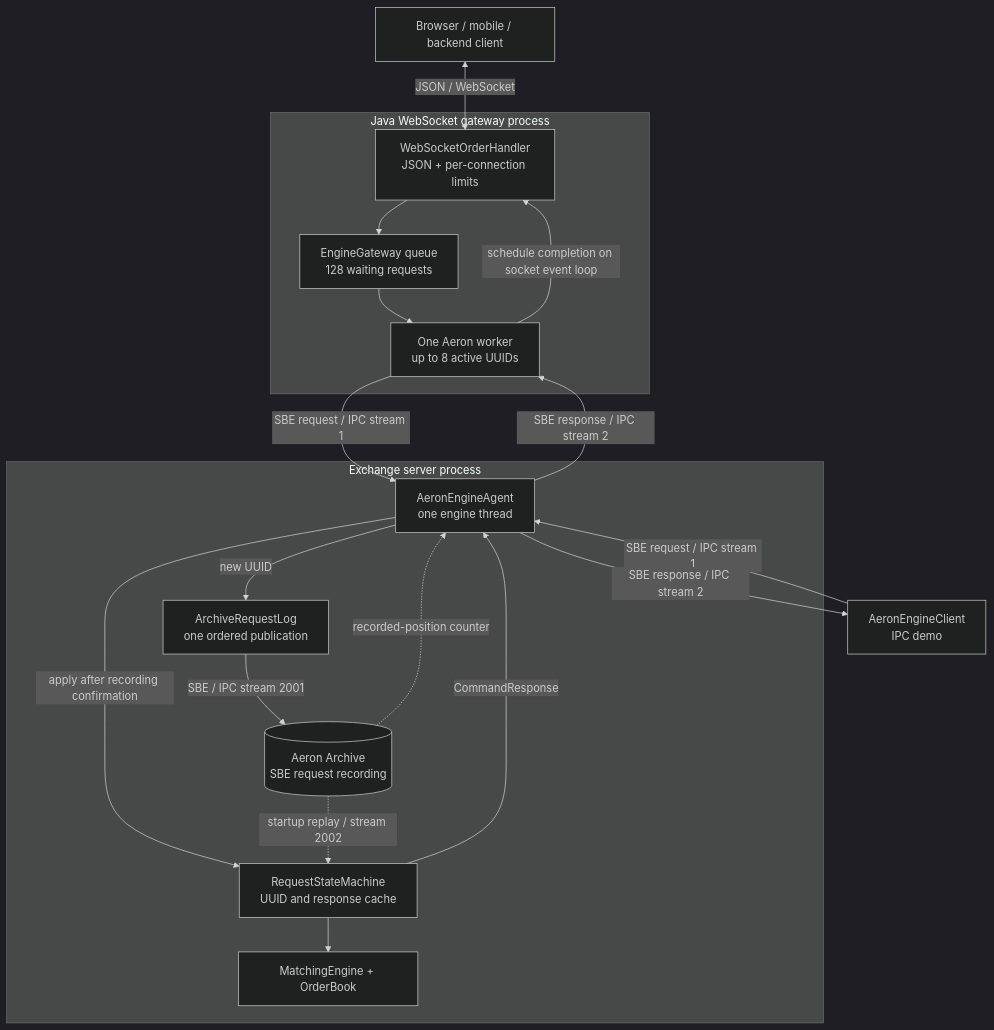
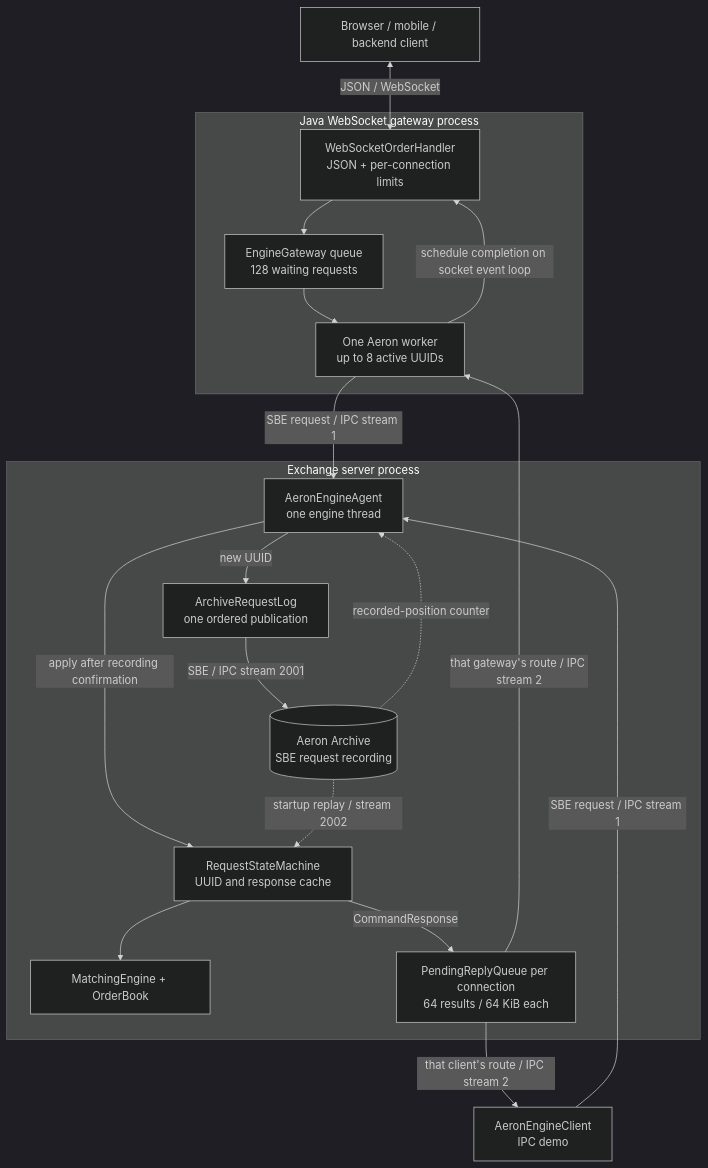
Before and after one commit to samctensen/exchange-lab: the diagram in docs/architecture.md, drawn with Mermaid (dark theme). The commit also changed other lines of this file and 1 other file, not shown here.

Commit message:
docs: explain per-gateway replies and retry recovery

````diff
--- a/docs/architecture.md
+++ b/docs/architecture.md
@@ -9,31 +10,32 @@
 ```mermaid
 flowchart TB
   Browser["Browser / mobile / backend client"]
   Client["AeronEngineClient<br/>IPC demo"]
   subgraph Gateway["Java WebSocket gateway process"]
     Socket["WebSocketOrderHandler<br/>JSON + per-connection limits"]
     Queue["EngineGateway queue<br/>128 waiting requests"]
     Worker["One Aeron worker<br/>up to 8 active UUIDs"]
     Socket --> Queue --> Worker
     Worker -->|"schedule completion on socket event loop"| Socket
   end
   subgraph Server["Exchange server process"]
     Agent["AeronEngineAgent<br/>one engine thread"]
     Log["ArchiveRequestLog<br/>one ordered publication"]
     Archive[("Aeron Archive<br/>SBE request recording")]
     State["RequestStateMachine<br/>UUID and response cache"]
     Engine["MatchingEngine + OrderBook"]
+    Replies["PendingReplyQueue per connection<br/>64 results / 64 KiB each"]
     Agent -->|"new UUID"| Log
     Log -->|"SBE / IPC stream 2001"| Archive
     Archive -.->|"recorded-position counter"| Agent
     Agent -->|"apply after recording confirmation"| State
     State --> Engine
-    State -->|"CommandResponse"| Agent
+    State -->|"CommandResponse"| Replies
     Archive -.->|"startup replay / stream 2002"| State
   end
   Browser <-->|"JSON / WebSocket"| Socket
   Client -->|"SBE request / IPC stream 1"| Agent
-  Agent -->|"SBE response / IPC stream 2"| Client
+  Replies -->|"that client's route / IPC stream 2"| Client
   Worker -->|"SBE request / IPC stream 1"| Agent
-  Agent -->|"SBE response / IPC stream 2"| Worker
+  Replies -->|"that gateway's route / IPC stream 2"| Worker
 ```
````
